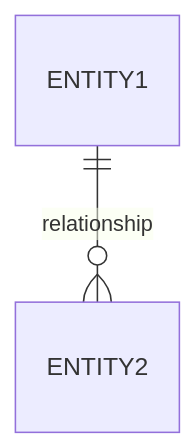
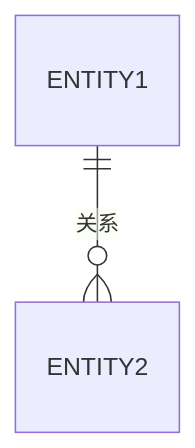
One commit to kingoliang/polyglot-engineering-claude-plugin changed the fourth of 4 diagrams in skills/uml-generator/skill.md. Above: the diagram before and after it, drawn with Mermaid. The commit also changed other lines of this file and 31 other files, not shown here.

````diff
--- a/skills/uml-generator/skill.md
+++ b/skills/uml-generator/skill.md
@@ -77,4 +77,4 @@
 ```mermaid
 erDiagram
-    ENTITY1 ||--o{ ENTITY2 : relationship
+    ENTITY1 ||--o{ ENTITY2 : 关系
 ```
````
